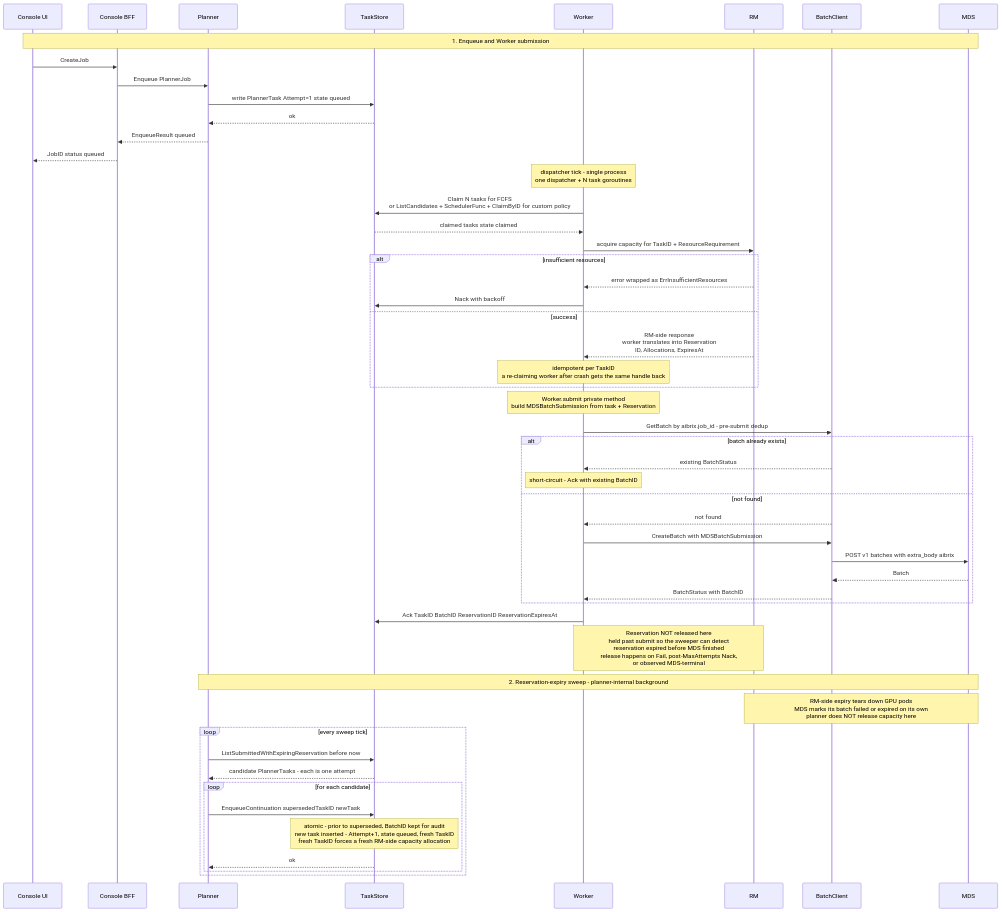
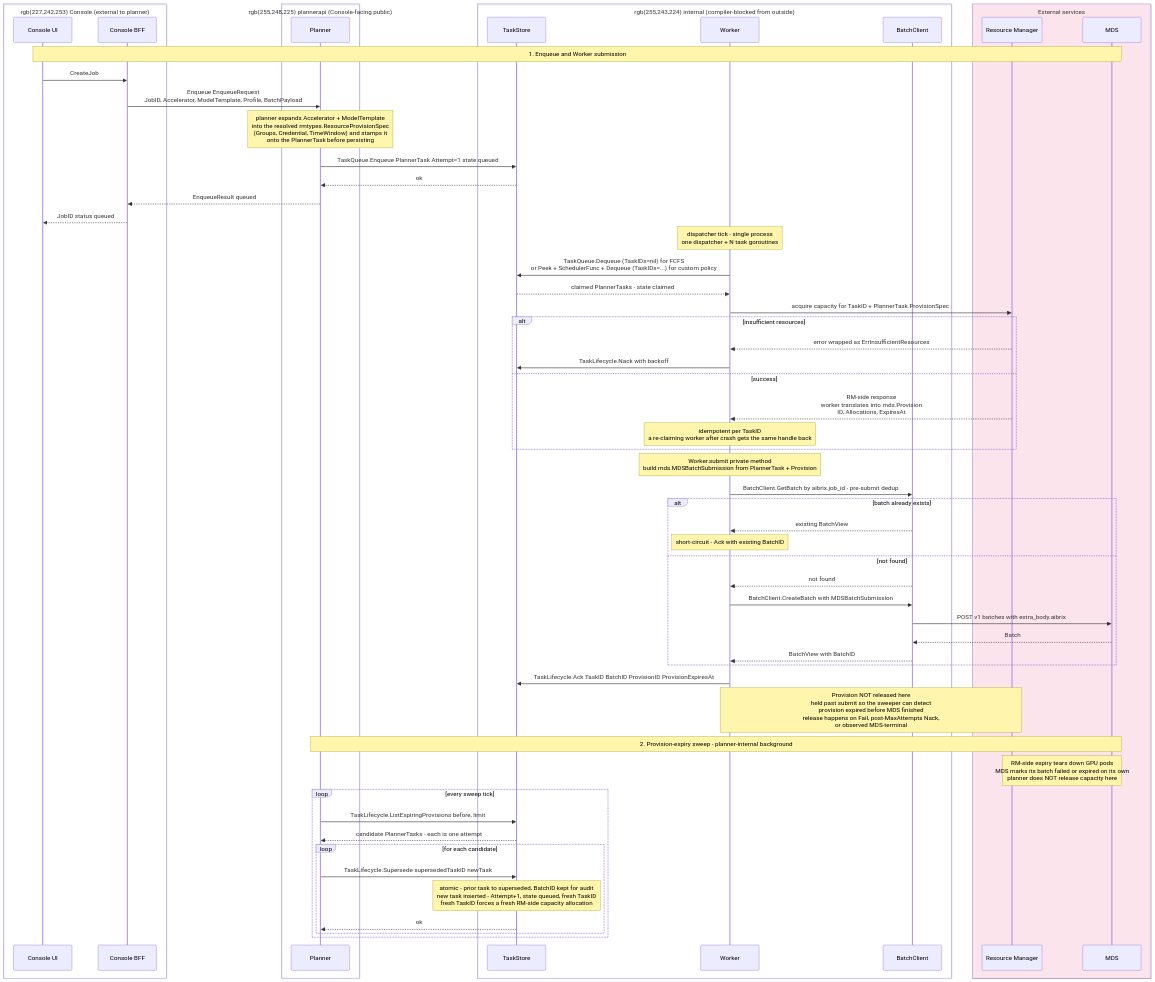
Before and after one commit to vllm-project/aibrix: the diagram in apps/console/api/planner/planner_sequences.mermaid, drawn with Mermaid. The commit also changed 18 other files, not shown here.

```diff
--- a/apps/console/api/planner/planner_sequences.mermaid
+++ b/apps/console/api/planner/planner_sequences.mermaid
@@ -1,74 +1,90 @@
 sequenceDiagram
     %% End-to-end planner sequences:
     %%   1. Console enqueue + Worker submission tick - happy path
-    %%   2. Reservation-expiry sweeper - submitted -> superseded; new attempt inserted
+    %%   2. Provision-expiry sweeper - submitted -> superseded; new attempt inserted
+    %%
+    %% Visibility boundary (matches the package layout):
+    %%   plannerapi/ : the only thing Console BFF imports. The Planner
+    %%                 participant below sits inside this box.
+    %%   internal/   : compiler-blocked from outside the planner module.
+    %%                 TaskStore, Worker, and BatchClient all live here;
+    %%                 BFF never references them by type.
     %%
     %% Cancellation is NOT a planner-driven flow: the OpenAI Batches API
     %% exposes /cancel on MDS, and any user-facing cancel travels through
     %% MDS directly. The planner observes the resulting MDS terminal state
     %% on its read-time overlay (Planner.GetJob / ListJobs) and surfaces
     %% it via JobView.LifecycleState - see the README "JobLifecycleState"
     %% derivation table.
 
-    participant UI as Console UI
-    participant BFF as Console BFF
-    participant P as Planner
-    participant TS as TaskStore
-    participant W as Worker
-    participant RM as RM
-    participant BC as BatchClient
-    participant MDS
+    box rgb(227,242,253) Console (external to planner)
+        participant UI as Console UI
+        participant BFF as Console BFF
+    end
+    box rgb(255,248,225) plannerapi (Console-facing public)
+        participant P as Planner
+    end
+    box rgb(255,243,224) internal (compiler-blocked from outside)
+        participant TS as TaskStore
+        participant W as Worker
+        participant BC as BatchClient
+    end
+    box rgb(252,228,236) External services
+        participant RM as Resource Manager
+        participant MDS
+    end
 
     Note over UI,MDS: 1. Enqueue and Worker submission
 
     UI->>BFF: CreateJob
-    BFF->>P: Enqueue PlannerJob
-    P->>TS: write PlannerTask Attempt=1 state queued
+    BFF->>P: Enqueue EnqueueRequest<br/>JobID, Accelerator, ModelTemplate, Profile, BatchPayload
+    Note over P: planner expands Accelerator + ModelTemplate<br/>into the resolved rmtypes.ResourceProvisionSpec<br/>(Groups, Credential, TimeWindow) and stamps it<br/>onto the PlannerTask before persisting
+    P->>TS: TaskQueue.Enqueue PlannerTask Attempt=1 state queued
     TS-->>P: ok
     P-->>BFF: EnqueueResult queued
     BFF-->>UI: JobID status queued
 
     Note over W: dispatcher tick - single process<br/>one dispatcher + N task goroutines
 
-    W->>TS: Claim N tasks for FCFS<br/>or ListCandidates + SchedulerFunc + ClaimByID for custom policy
-    TS-->>W: claimed tasks state claimed
+    W->>TS: TaskQueue.Dequeue (TaskIDs=nil) for FCFS<br/>or Peek + SchedulerFunc + Dequeue (TaskIDs=...) for custom policy
+    TS-->>W: claimed PlannerTasks - state claimed
 
-    W->>RM: acquire capacity for TaskID + ResourceRequirement
+    W->>RM: acquire capacity for TaskID + PlannerTask.ProvisionSpec
     alt insufficient resources
         RM-->>W: error wrapped as ErrInsufficientResources
-        W->>TS: Nack with backoff
+        W->>TS: TaskLifecycle.Nack with backoff
     else success
-        RM-->>W: RM-side response<br/>worker translates into Reservation<br/>ID, Allocations, ExpiresAt
+        RM-->>W: RM-side response<br/>worker translates into mds.Provision<br/>ID, Allocations, ExpiresAt
         Note over W: idempotent per TaskID<br/>a re-claiming worker after crash gets the same handle back
     end
 
-    Note over W: Worker.submit private method<br/>build MDSBatchSubmission from task + Reservation
-    W->>BC: GetBatch by aibrix.job_id - pre-submit dedup
+    Note over W: Worker.submit private method<br/>build mds.MDSBatchSubmission from PlannerTask + Provision
+    W->>BC: BatchClient.GetBatch by aibrix.job_id - pre-submit dedup
     alt batch already exists
-        BC-->>W: existing BatchStatus
+        BC-->>W: existing BatchView
         Note over W: short-circuit - Ack with existing BatchID
     else not found
         BC-->>W: not found
-        W->>BC: CreateBatch with MDSBatchSubmission
-        BC->>MDS: POST v1 batches with extra_body aibrix
+        W->>BC: BatchClient.CreateBatch with MDSBatchSubmission
+        BC->>MDS: POST v1 batches with extra_body.aibrix
         MDS-->>BC: Batch
-        BC-->>W: BatchStatus with BatchID
+        BC-->>W: BatchView with BatchID
     end
 
-    W->>TS: Ack TaskID BatchID ReservationID ReservationExpiresAt
-    Note over W,RM: Reservation NOT released here<br/>held past submit so the sweeper can detect<br/>reservation expired before MDS finished<br/>release happens on Fail, post-MaxAttempts Nack,<br/>or observed MDS-terminal
+    W->>TS: TaskLifecycle.Ack TaskID BatchID ProvisionID ProvisionExpiresAt
+    Note over W,RM: Provision NOT released here<br/>held past submit so the sweeper can detect<br/>provision expired before MDS finished<br/>release happens on Fail, post-MaxAttempts Nack,<br/>or observed MDS-terminal
 
-    Note over P,MDS: 2. Reservation-expiry sweep - planner-internal background
+    Note over P,MDS: 2. Provision-expiry sweep - planner-internal background
 
     Note over RM,MDS: RM-side expiry tears down GPU pods<br/>MDS marks its batch failed or expired on its own<br/>planner does NOT release capacity here
 
     loop every sweep tick
-        P->>TS: ListSubmittedWithExpiringReservation before now
+        P->>TS: TaskLifecycle.ListExpiringProvisions before, limit
         TS-->>P: candidate PlannerTasks - each is one attempt
 
         loop for each candidate
-            P->>TS: EnqueueContinuation supersededTaskID newTask
-            Note over TS: atomic - prior to superseded, BatchID kept for audit<br/>new task inserted - Attempt+1, state queued, fresh TaskID<br/>fresh TaskID forces a fresh RM-side capacity allocation
+            P->>TS: TaskLifecycle.Supersede supersededTaskID newTask
+            Note over TS: atomic - prior task to superseded, BatchID kept for audit<br/>new task inserted - Attempt+1, state queued, fresh TaskID<br/>fresh TaskID forces a fresh RM-side capacity allocation
             TS-->>P: ok
         end
     end
```
